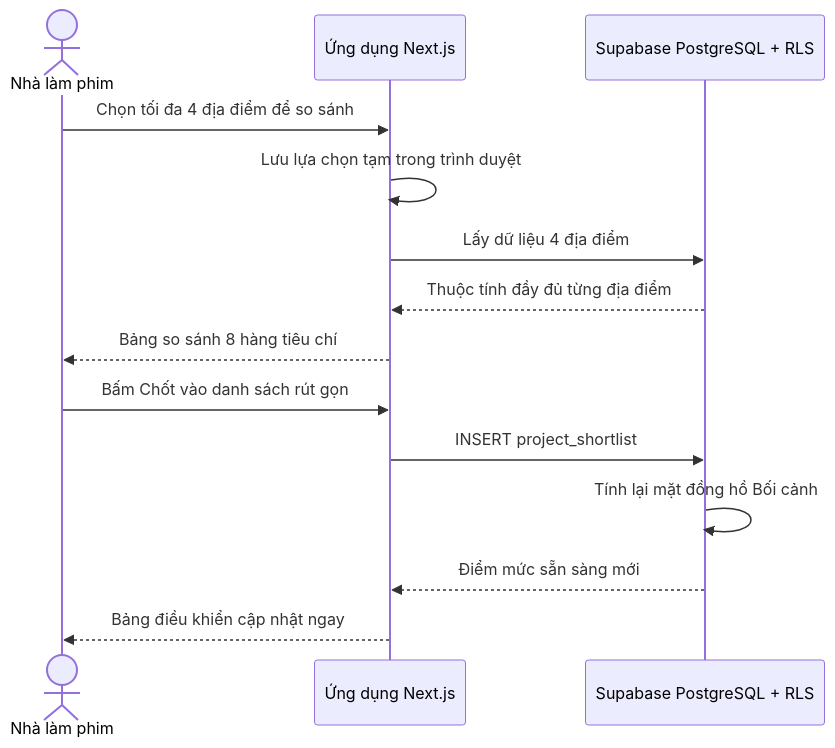
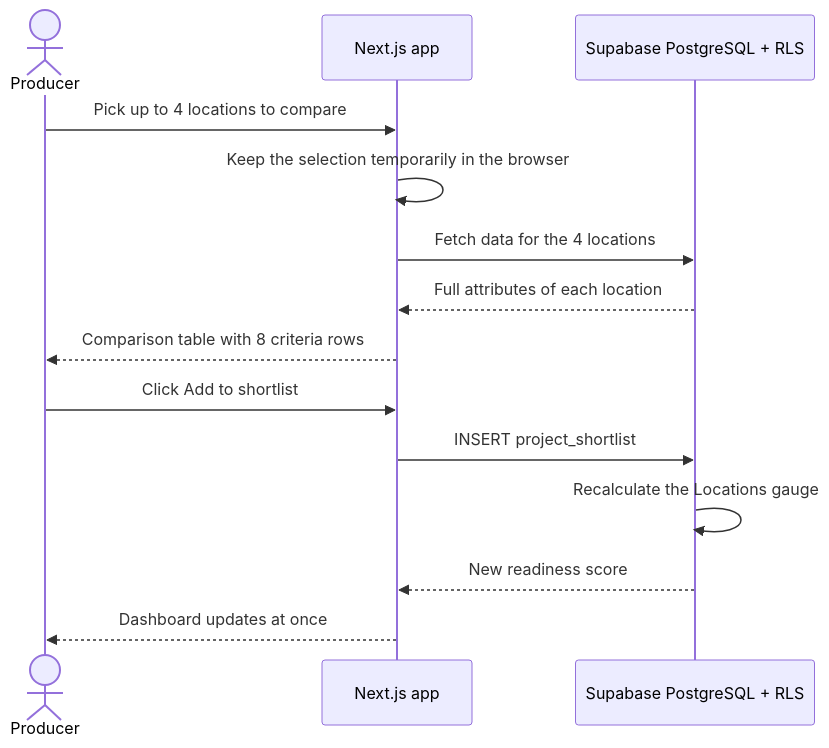
The fifth of 12 diagrams in docs/architecture/sequence-diagrams.md (namnt2005/CINEMATCH-DBIZ3.TeamC), drawn with Mermaid before and after one commit. The commit also changed other lines of this file and 92 other files, not shown here.

````diff
--- a/docs/architecture/sequence-diagrams.md
+++ b/docs/architecture/sequence-diagrams.md
@@ -141,17 +142,17 @@
 ```mermaid
 sequenceDiagram
-    actor U as Nhà làm phim
-    participant FE as Ứng dụng Next.js
+    actor U as Producer
+    participant FE as Next.js app
     participant DB as Supabase PostgreSQL + RLS
 
-    U->>FE: Chọn tối đa 4 địa điểm để so sánh
-    FE->>FE: Lưu lựa chọn tạm trong trình duyệt
-    FE->>DB: Lấy dữ liệu 4 địa điểm
-    DB-->>FE: Thuộc tính đầy đủ từng địa điểm
-    FE-->>U: Bảng so sánh 8 hàng tiêu chí
-    U->>FE: Bấm Chốt vào danh sách rút gọn
+    U->>FE: Pick up to 4 locations to compare
+    FE->>FE: Keep the selection temporarily in the browser
+    FE->>DB: Fetch data for the 4 locations
+    DB-->>FE: Full attributes of each location
+    FE-->>U: Comparison table with 8 criteria rows
+    U->>FE: Click Add to shortlist
     FE->>DB: INSERT project_shortlist
-    DB->>DB: Tính lại mặt đồng hồ Bối cảnh
-    DB-->>FE: Điểm mức sẵn sàng mới
-    FE-->>U: Bảng điều khiển cập nhật ngay
+    DB->>DB: Recalculate the Locations gauge
+    DB-->>FE: New readiness score
+    FE-->>U: Dashboard updates at once
 ```
````
